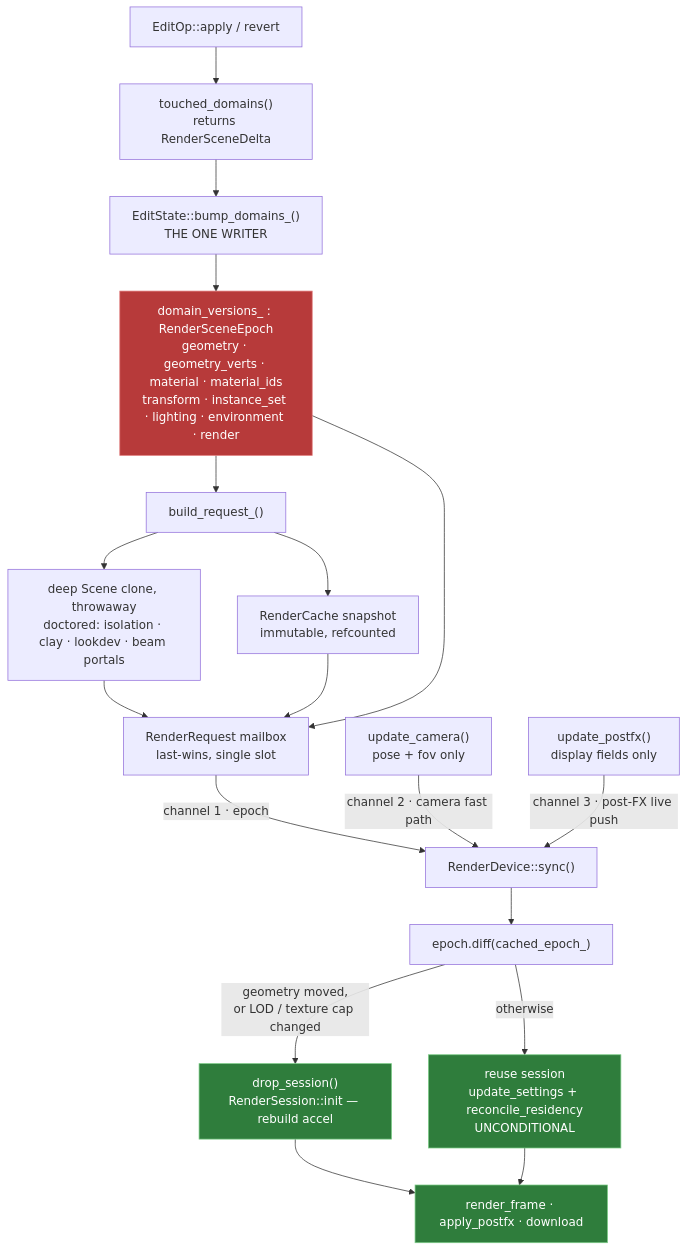
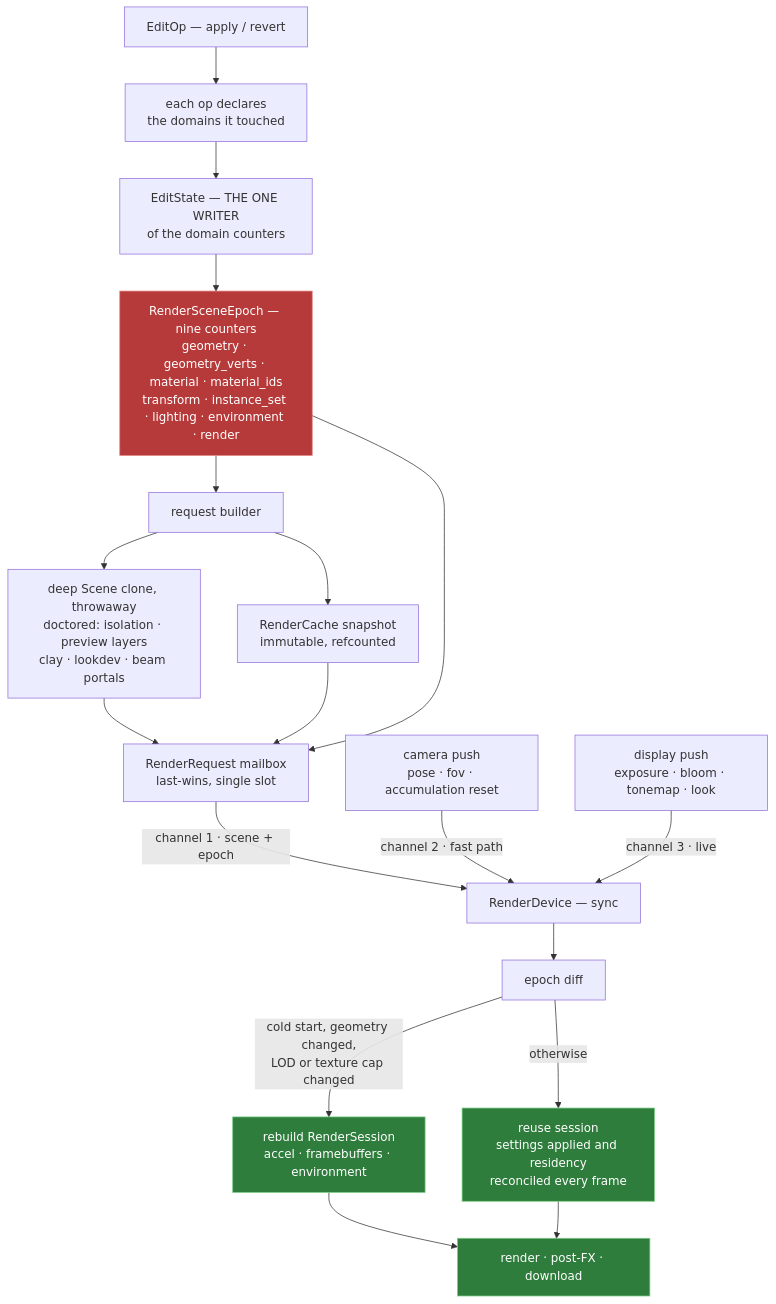
Before and after one commit to nicolasgfx/Portfolio: the second of 5 diagrams in README.md, drawn with Mermaid. The commit also changed other lines of this file, not shown here.

````diff
--- a/README.md
+++ b/README.md
@@ -243,28 +244,28 @@
 ```mermaid
 flowchart TD
-  OP["EditOp::apply / revert"] --> DOMAINS["touched_domains()<br/>returns RenderSceneDelta"]
-  DOMAINS --> BUMP["EditState::bump_domains_()<br/>THE ONE WRITER"]
-  BUMP --> DV["domain_versions_ : RenderSceneEpoch<br/>geometry · geometry_verts · material · material_ids<br/>transform · instance_set · lighting · environment · render"]
+  OP["EditOp — apply / revert"] --> DOMAINS["each op declares<br/>the domains it touched"]
+  DOMAINS --> BUMP["EditState — THE ONE WRITER<br/>of the domain counters"]
+  BUMP --> DV["RenderSceneEpoch — nine counters<br/>geometry · geometry_verts · material · material_ids<br/>transform · instance_set · lighting · environment · render"]
 
-  DV --> BR["build_request_()"]
-  BR --> CLONE["deep Scene clone, throwaway<br/>doctored: isolation · clay · lookdev · beam portals"]
+  DV --> BR["request builder"]
+  BR --> CLONE["deep Scene clone, throwaway<br/>doctored: isolation · preview layers<br/>clay · lookdev · beam portals"]
   BR --> SNAP["RenderCache snapshot<br/>immutable, refcounted"]
   CLONE --> MAIL
   SNAP --> MAIL
   DV --> MAIL["RenderRequest mailbox<br/>last-wins, single slot"]
 
-  MAIL -->|"channel 1 · epoch"| SYNC["RenderDevice::sync()"]
-  CAM["update_camera()<br/>pose + fov only"] -->|"channel 2 · camera fast path"| SYNC
-  PFX["update_postfx()<br/>display fields only"] -->|"channel 3 · post-FX live push"| SYNC
+  MAIL -->|"channel 1 · scene + epoch"| SYNC["RenderDevice — sync"]
+  CAM["camera push<br/>pose · fov · accumulation reset"] -->|"channel 2 · fast path"| SYNC
+  PFX["display push<br/>exposure · bloom · tonemap · look"] -->|"channel 3 · live"| SYNC
 
-  SYNC --> DIFF["epoch.diff(cached_epoch_)"]
-  DIFF -->|"geometry moved,<br/>or LOD / texture cap changed"| INIT["drop_session()<br/>RenderSession::init — rebuild accel"]
-  DIFF -->|"otherwise"| REUSE["reuse session<br/>update_settings + reconcile_residency<br/>UNCONDITIONAL"]
-  INIT --> DRAW["render_frame · apply_postfx · download"]
+  SYNC --> DIFF["epoch diff"]
+  DIFF -->|"cold start, geometry changed,<br/>LOD or texture cap changed"| INIT["rebuild RenderSession<br/>accel · framebuffers · environment"]
+  DIFF -->|"otherwise"| REUSE["reuse session<br/>settings applied and residency<br/>reconciled every frame"]
+  INIT --> DRAW["render · post-FX · download"]
   REUSE --> DRAW
 
   classDef truth fill:#b73a3a,stroke:#e07a7a,color:#fff
   classDef gpu fill:#2f7d3c,stroke:#7acb85,color:#fff
   class DV truth
   class INIT,REUSE,DRAW gpu
 ```
````
